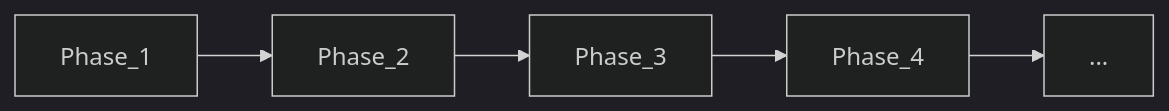
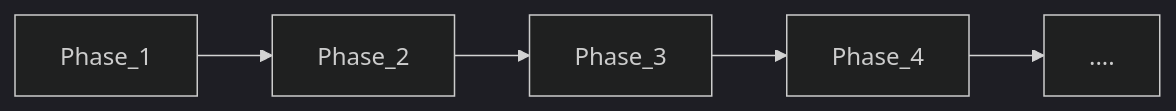
The second of 3 diagrams in vault/System Analysis And Design.Lifecycle.md (shafayat1004/My-Knowledge-Base), drawn with Mermaid (dark theme) before and after one commit. The commit also changed other lines of this file and 16 other files, not shown here.

````diff
--- a/vault/System Analysis And Design.Lifecycle.md
+++ b/vault/System Analysis And Design.Lifecycle.md
@@ -16,7 +24,7 @@
 ```mermaid
 graph LR
     Phase_1-->Phase_2
     Phase_2-->Phase_3
     Phase_3-->Phase_4
-    Phase_4-->...
+    Phase_4--> ....
 ```
````
